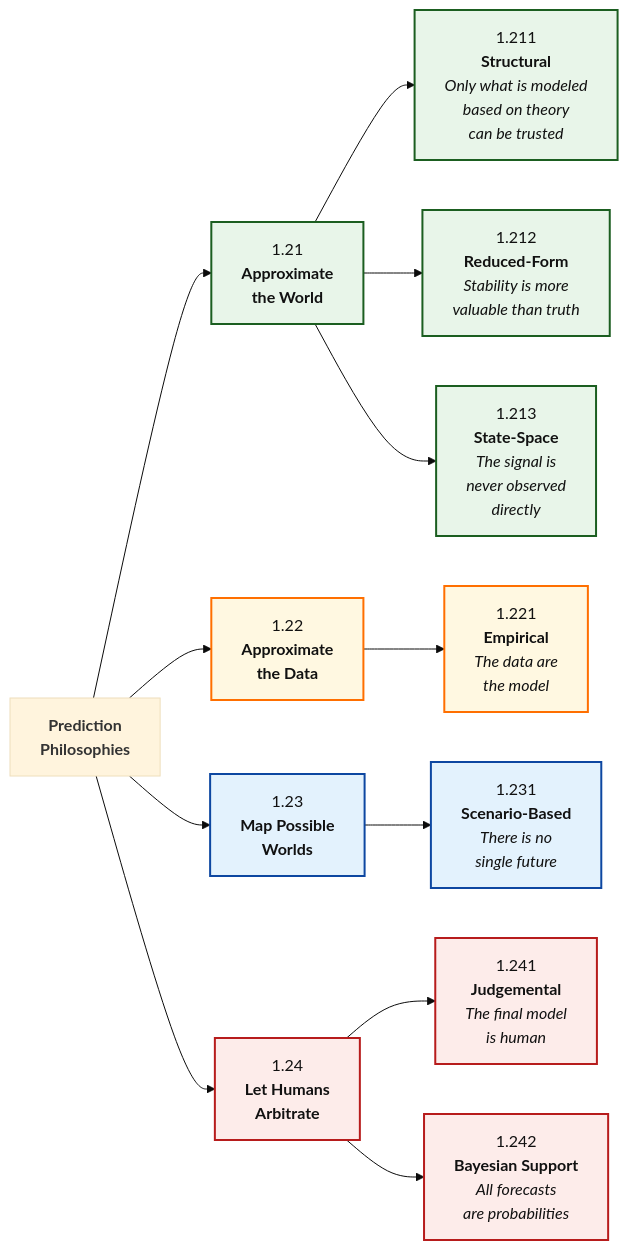
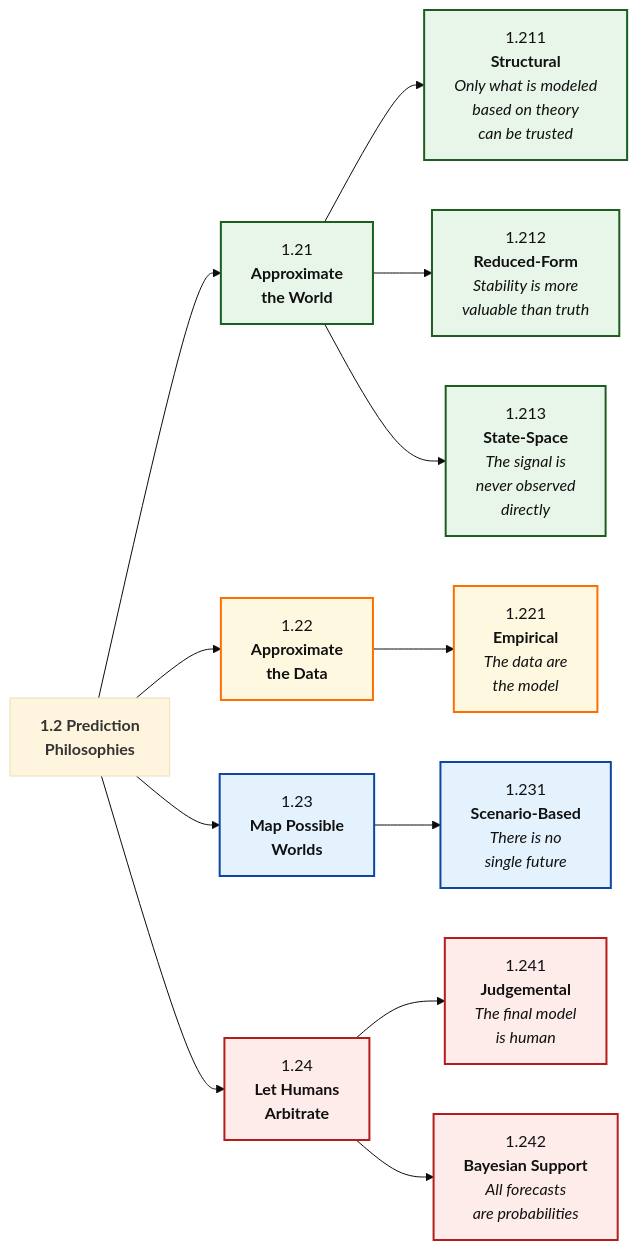
The diagram in articles-posts/predictive-model-evaluation-framework.md (Tellusant/docs), drawn with Mermaid (base theme) before and after one commit.

```diff
--- a/articles-posts/predictive-model-evaluation-framework.md
+++ b/articles-posts/predictive-model-evaluation-framework.md
@@ -25,42 +25,42 @@
 <div class="mermaid">
   
 flowchart LR
 
 %% ========= NODES =========
-P["`**Prediction**<br/>**Philosophies**`"]:::none
+P["`**1.2 Prediction**<br/>**Philosophies**`"]:::none
 
 AW["`1.21<br/>**Approximate<br/>the World**`"]:::strong
 AD["`1.22<br/>**Approximate<br/>the Data**`"]:::mixed
 PW["`1.23<br/>**Map Possible<br/>Worlds**`"]:::neutral
 HA["`1.24<br/>**Let Humans<br/>Arbitrate**`"]:::risk
 
 STR["`1.211<br/>**Structural**<br/>*Only what is modeled<br/>based on theory<br/>can be trusted*`"]:::strong
 RED["`1.212<br/>**Reduced-Form**<br/>*Stability is more<br/>valuable than truth*`"]:::strong
 STA["`1.213<br/>**State-Space**<br/>*The signal is<br/>never observed<br/>directly*`"]:::strong
 EMP["`1.221<br/>**Empirical**<br/>*The data are<br/>the model*`"]:::mixed
 SCE["`1.231<br/>**Scenario-Based**<br/>*There is no<br/>single future*`"]:::neutral
 JUD["`1.241<br/>**Judgemental**<br/>*The final model<br/>is human*`"]:::risk
 BAY["`1.242<br/>**Bayesian Support**<br/>*All forecasts<br/>are probabilities*`"]:::risk
 
 %% ========= RELATIONSHIPS =========
 P --> AW
 P --> AD
 P --> PW
 P --> HA
 AW --> STR
 AW --> RED
 AW --> STA
 AD --> EMP
 PW --> SCE
 HA --> JUD
 HA --> BAY
 
 %% ========= STYLES =========
 classDef strong  fill:#E8F5E9,stroke:#1B5E20,stroke-width:2px,color:#111;
 classDef neutral fill:#E3F2FD,stroke:#0D47A1,stroke-width:2px,color:#111;
 classDef mixed   fill:#FFF8E1,stroke:#FF6F00,stroke-width:2px,color:#111;
 classDef risk    fill:#FDECEA,stroke:#B71C1C,stroke-width:2px,color:#111;
 classDef summary fill:#F5F5F5,stroke:#424242,stroke-width:2px,color:#111;
 classDef anchor fill:transparent,stroke:transparent;
 
 </div>
```
